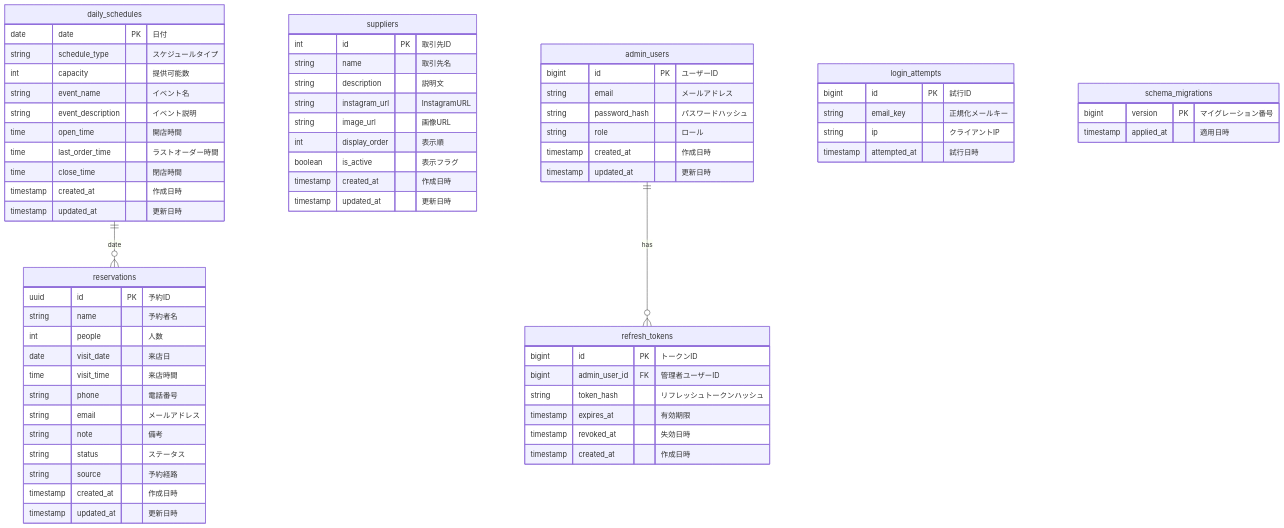
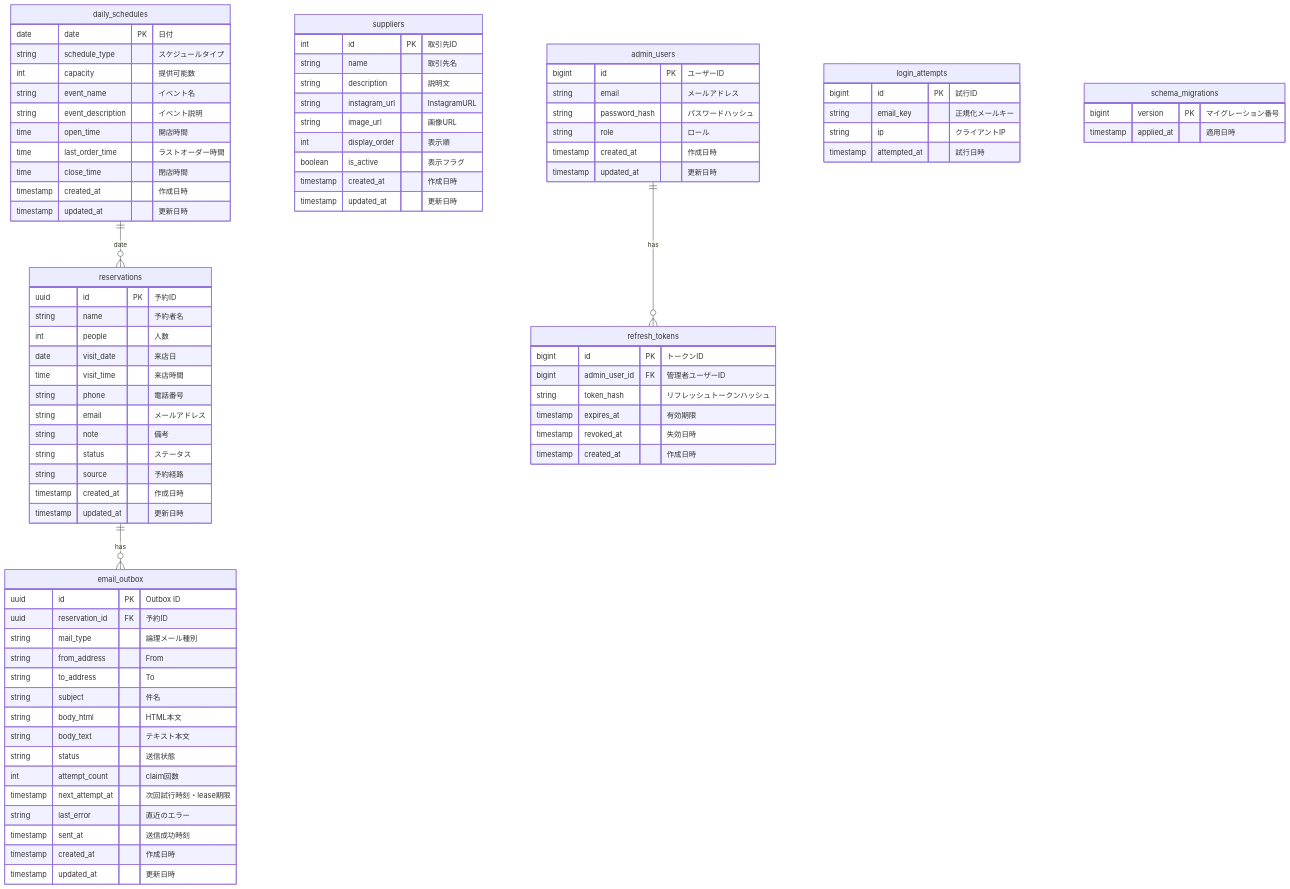
One commit to cergijame101007/satehits changed the first of 2 diagrams in docs/table_design.md. Above: the diagram before and after it, drawn with Mermaid. The commit also changed other lines of this file, not shown here.

Commit message:
docs: table_design.md の ER 図と DDL に email_outbox を追加する

````diff
--- a/docs/table_design.md
+++ b/docs/table_design.md
@@ -69,6 +69,24 @@
         timestamp attempted_at "試行日時"
     }
 
+    email_outbox {
+        uuid id PK "Outbox ID"
+        uuid reservation_id FK "予約ID"
+        string mail_type "論理メール種別"
+        string from_address "From"
+        string to_address "To"
+        string subject "件名"
+        string body_html "HTML本文"
+        string body_text "テキスト本文"
+        string status "送信状態"
+        int attempt_count "claim回数"
+        timestamp next_attempt_at "次回試行時刻・lease期限"
+        string last_error "直近のエラー"
+        timestamp sent_at "送信成功時刻"
+        timestamp created_at "作成日時"
+        timestamp updated_at "更新日時"
+    }
+
     schema_migrations {
         bigint version PK "マイグレーション番号"
         timestamp applied_at "適用日時"
@@ -76,4 +94,5 @@
 
     daily_schedules ||--o{ reservations : "date"
     admin_users ||--o{ refresh_tokens : "has"
+    reservations ||--o{ email_outbox : "has"
 ```
````
